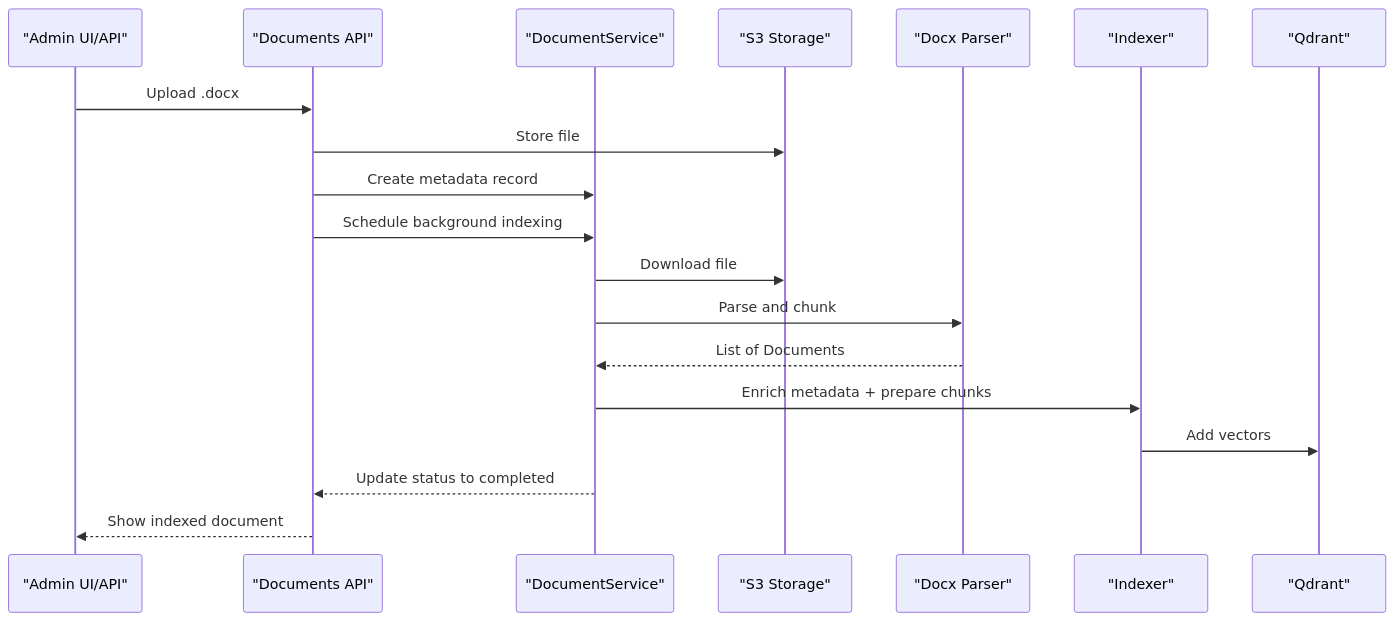
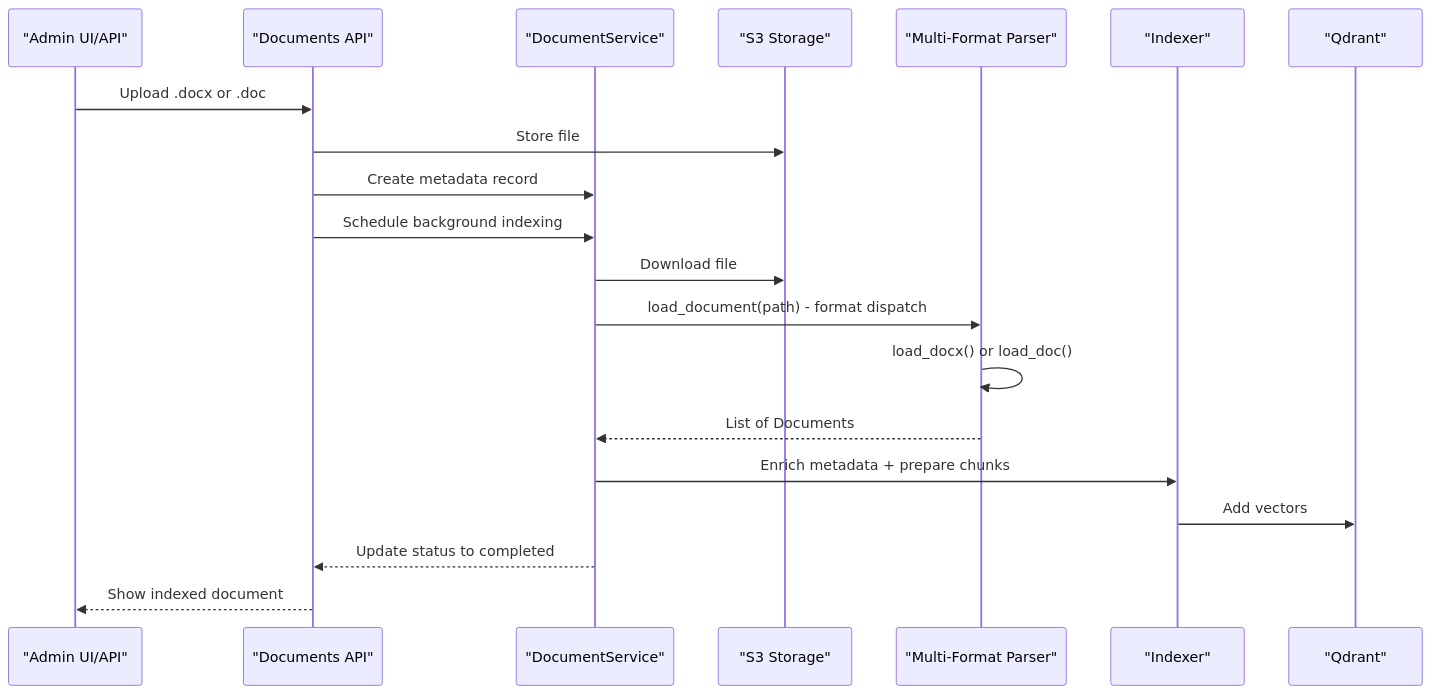
One commit to ognelis/cafetera_hr_bot changed the second of 12 diagrams in .qoder/repowiki/en/content/RAG Integration/RAG Parser Enhancement.md. Above: the diagram before and after it, drawn with Mermaid. The commit also changed other lines of this file and 11 other files, not shown here.

````diff
--- a/.qoder/repowiki/en/content/RAG Integration/RAG Parser Enhancement.md
+++ b/.qoder/repowiki/en/content/RAG Integration/RAG Parser Enhancement.md
@@ -150,21 +163,22 @@
 ```mermaid
 sequenceDiagram
 participant Admin as "Admin UI/API"
 participant API as "Documents API"
 participant Service as "DocumentService"
 participant S3 as "S3 Storage"
-participant Parser as "Docx Parser"
+participant Parser as "Multi-Format Parser"
 participant Indexer as "Indexer"
 participant Qdrant as "Qdrant"
-Admin->>API : Upload .docx
+Admin->>API : Upload .docx or .doc
 API->>S3 : Store file
 API->>Service : Create metadata record
 API->>Service : Schedule background indexing
 Service->>S3 : Download file
-Service->>Parser : Parse and chunk
+Service->>Parser : load_document(path) - format dispatch
+Parser->>Parser : load_docx() or load_doc()
 Parser-->>Service : List of Documents
 Service->>Indexer : Enrich metadata + prepare chunks
 Indexer->>Qdrant : Add vectors
 Service-->>API : Update status to completed
 API-->>Admin : Show indexed document
 ```
````
